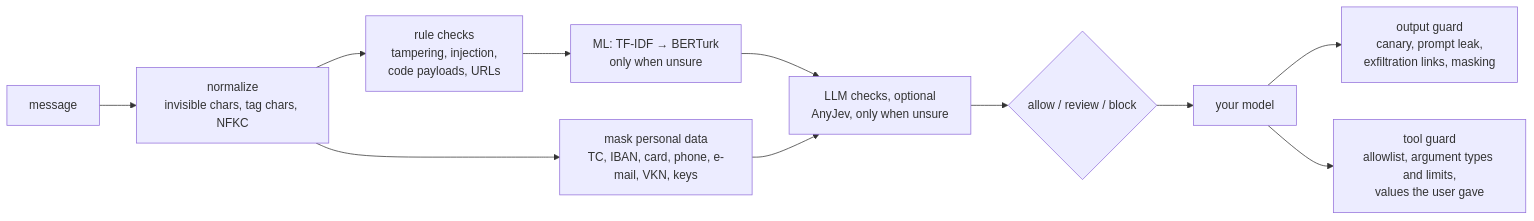
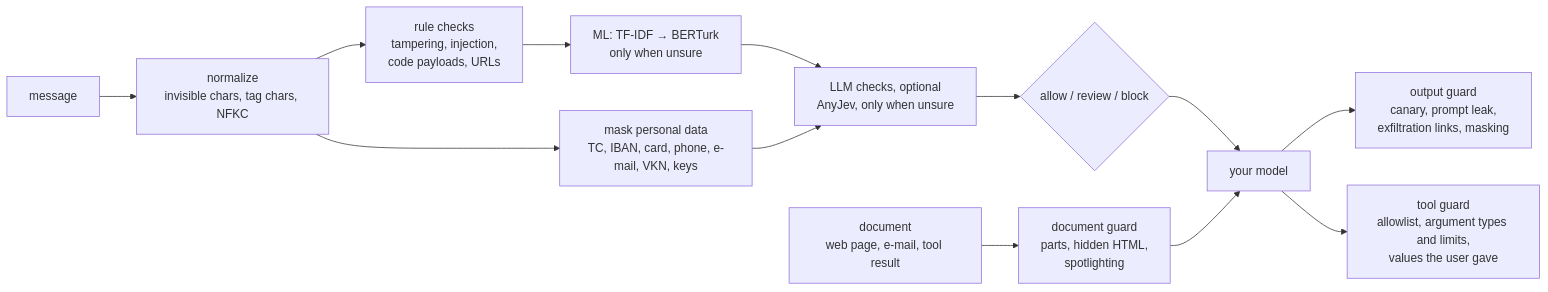
The diagram in README.md (efronh/sieve), drawn with Mermaid before and after one commit. The commit also changed other lines of this file and 13 other files, not shown here.

````diff
--- a/README.md
+++ b/README.md
@@ -47,12 +61,13 @@
 ```mermaid
 flowchart LR
     A[message] --> N[normalize<br/>invisible chars, tag chars, NFKC]
     N --> M[mask personal data<br/>TC, IBAN, card, phone, e-mail, VKN, keys]
     N --> C[rule checks<br/>tampering, injection,<br/>code payloads, URLs]
     C --> ML[ML: TF-IDF → BERTurk<br/>only when unsure]
     ML --> L[LLM checks, optional<br/>AnyJev, only when unsure]
     M --> L
     L --> R{allow / review / block}
     R --> LLM[your model] --> O[output guard<br/>canary, prompt leak,<br/>exfiltration links, masking]
     LLM --> T[tool guard<br/>allowlist, argument types and limits,<br/>values the user gave]
+    D[document<br/>web page, e-mail, tool result] --> DG[document guard<br/>parts, hidden HTML,<br/>spotlighting] --> LLM
 ```
````
